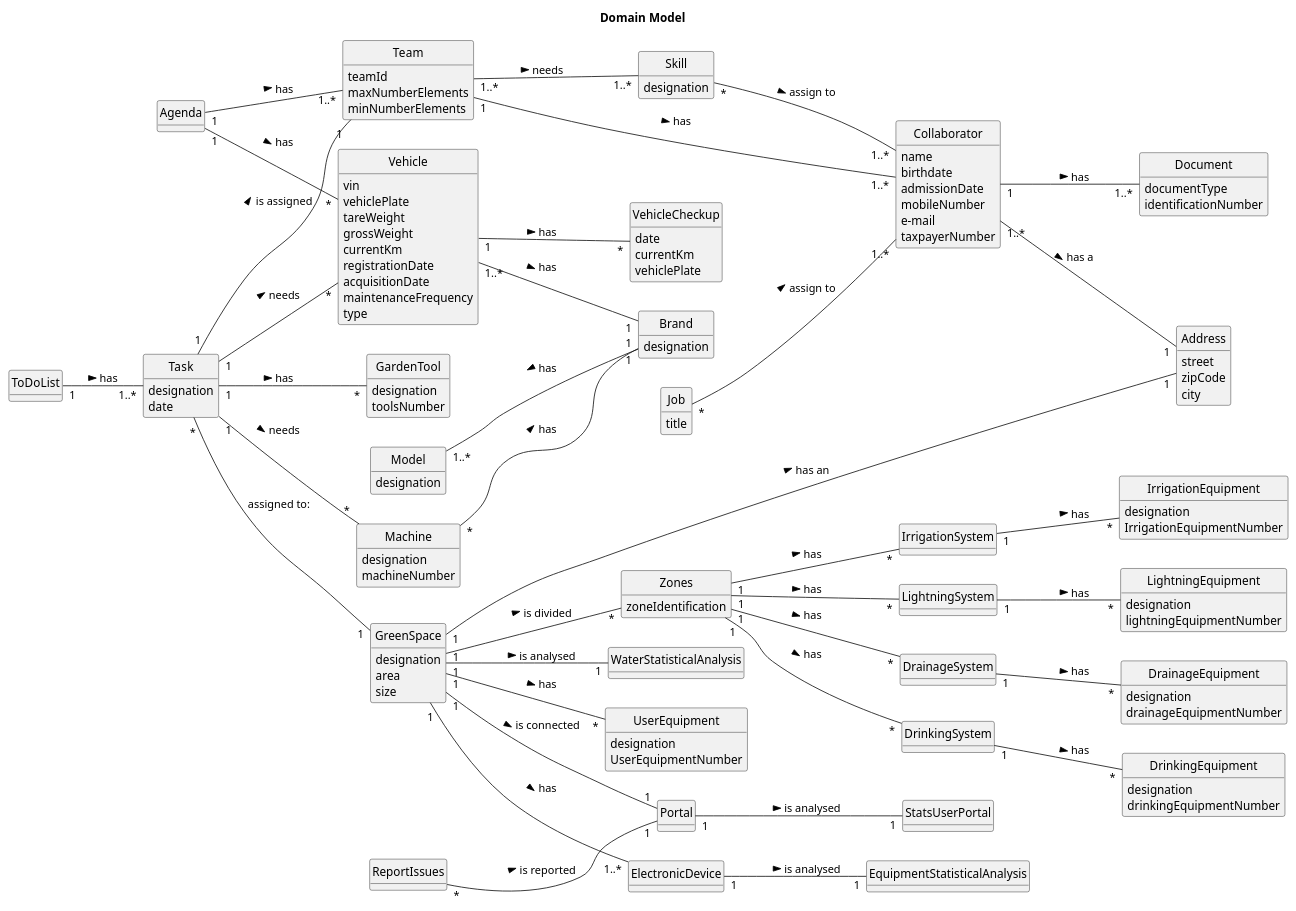
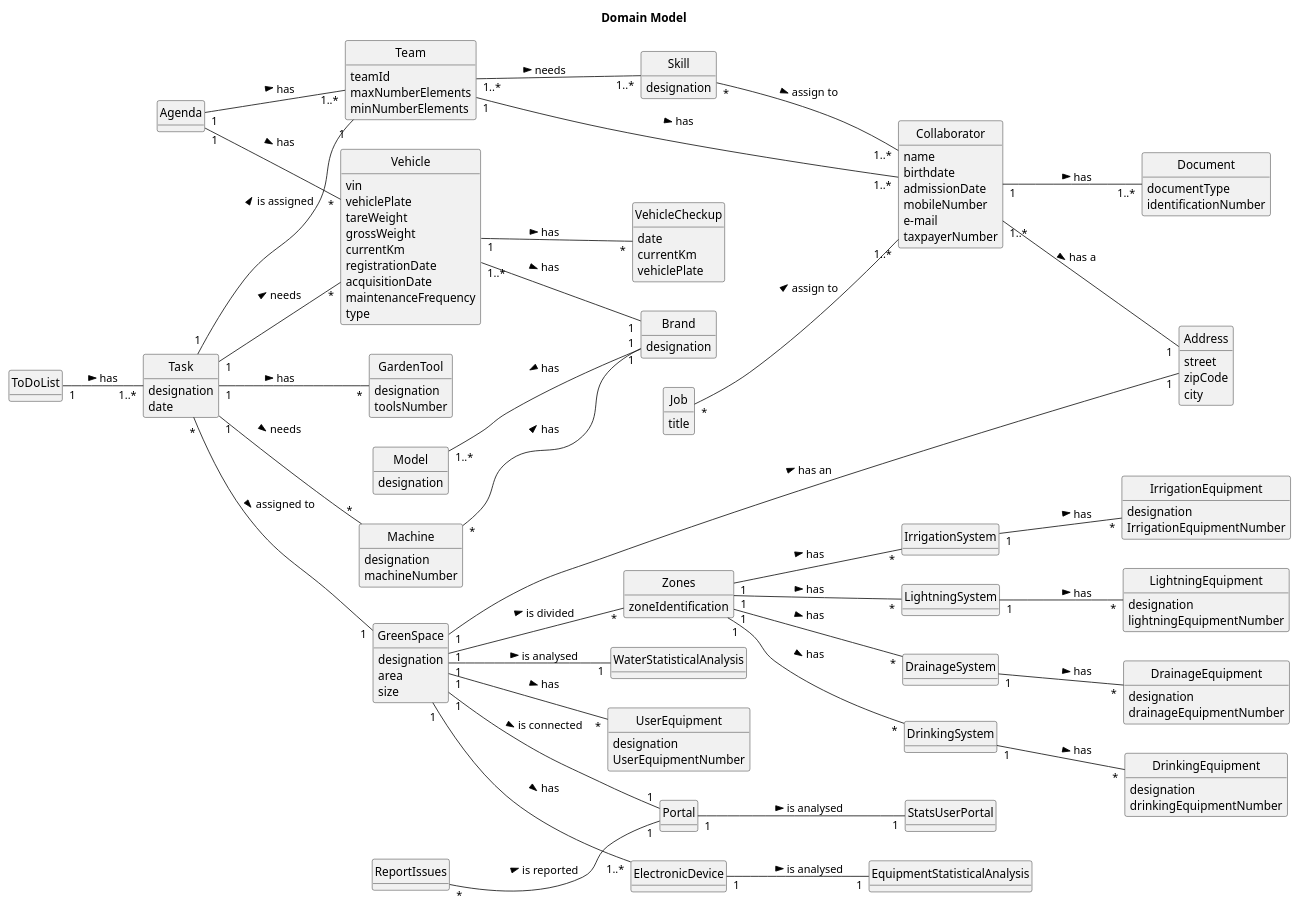
One commit to ricardomm7/leaflink changed the diagram in docs/sprintC/global-artifacts/02.analysis/puml/project-domain-model.puml. Above: the diagram before and after it, drawn with PlantUML. The commit also changed 43 other files, not shown here.

```diff
--- a/docs/sprintC/global-artifacts/02.analysis/puml/project-domain-model.puml
+++ b/docs/sprintC/global-artifacts/02.analysis/puml/project-domain-model.puml
@@ -213,7 +213,7 @@
 
 Task "1" -- "*" GardenTool : has >
 
-Task "*" -- "1" GreenSpace: assigned to:
+Task "*" -- "1" GreenSpace: assigned to >
 
 GreenSpace "1" -- "1..*" ElectronicDevice: has >
 
```
